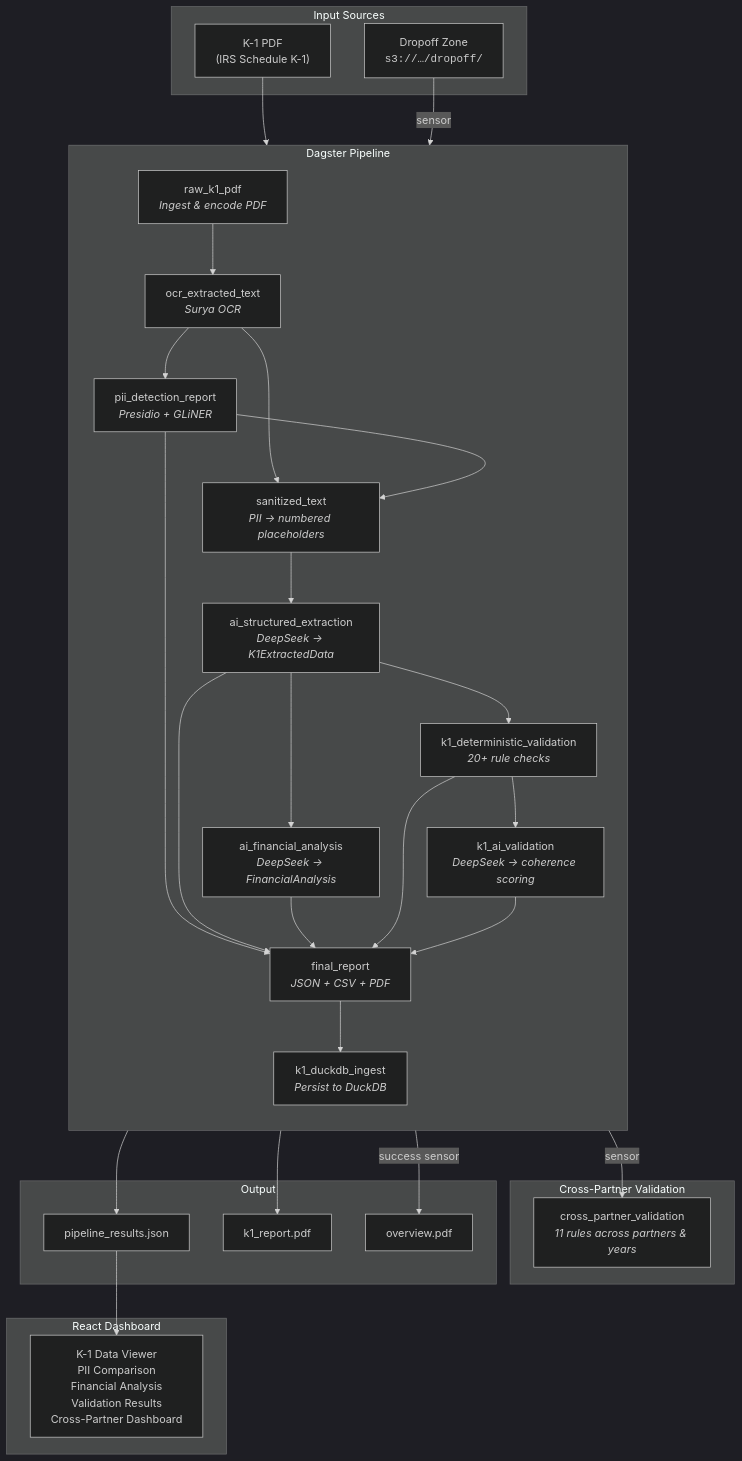
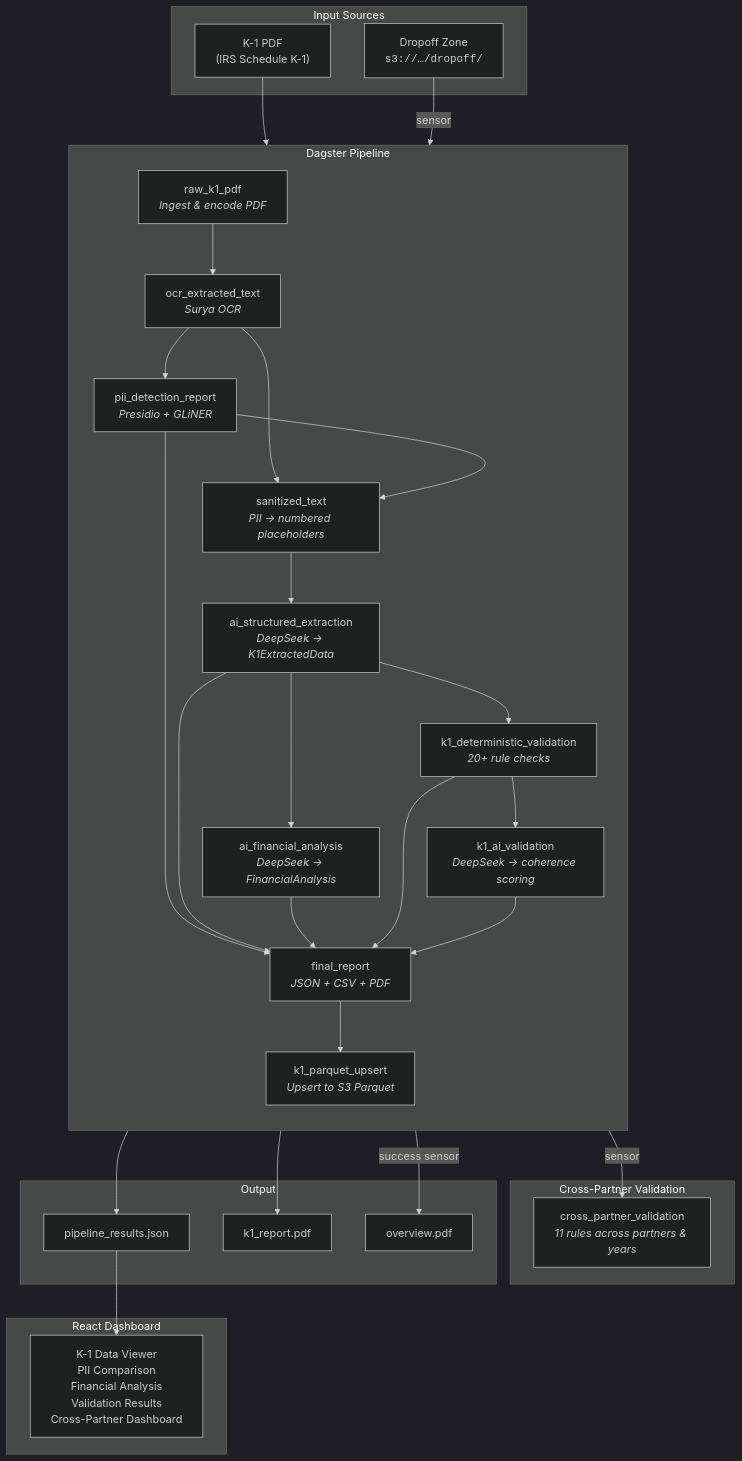
Before and after one commit to danielpodrazka/dagster-document-intelligence: the first of 9 diagrams in README.md, drawn with Mermaid (dark theme). The commit also changed other lines of this file and 7 other files, not shown here.

First line of the commit message:
Migrate cross-partner storage from DuckDB to S3 Parquet and add 16 test profiles

````diff
--- a/README.md
+++ b/README.md
@@ -13,57 +13,57 @@
 ```mermaid
 graph TB
     subgraph Input["Input Sources"]
         A["K-1 PDF<br/>(IRS Schedule K-1)"]
         B["Dropoff Zone<br/><code>s3://…/dropoff/</code>"]
     end
 
     subgraph Dagster["Dagster Pipeline"]
         direction TB
         C["raw_k1_pdf<br/><i>Ingest & encode PDF</i>"]
         D["ocr_extracted_text<br/><i>Surya OCR</i>"]
         E["pii_detection_report<br/><i>Presidio + GLiNER</i>"]
         F["sanitized_text<br/><i>PII → numbered placeholders</i>"]
         G["ai_structured_extraction<br/><i>DeepSeek → K1ExtractedData</i>"]
         H["ai_financial_analysis<br/><i>DeepSeek → FinancialAnalysis</i>"]
         V1["k1_deterministic_validation<br/><i>20+ rule checks</i>"]
         V2["k1_ai_validation<br/><i>DeepSeek → coherence scoring</i>"]
         I["final_report<br/><i>JSON + CSV + PDF</i>"]
-        DB["k1_duckdb_ingest<br/><i>Persist to DuckDB</i>"]
+        DB["k1_parquet_upsert<br/><i>Upsert to S3 Parquet</i>"]
     end
 
     subgraph CrossPartner["Cross-Partner Validation"]
         CP["cross_partner_validation<br/><i>11 rules across partners & years</i>"]
     end
 
     subgraph Output["Output"]
         J["pipeline_results.json"]
         K["k1_report.pdf"]
         L["overview.pdf"]
     end
 
     subgraph Frontend["React Dashboard"]
         M["K-1 Data Viewer<br/>PII Comparison<br/>Financial Analysis<br/>Validation Results<br/>Cross-Partner Dashboard"]
     end
 
     A --> C
     B -->|sensor| C
     C --> D
     D --> E
     D --> F
     E --> F
     F --> G
     G --> H
     G --> V1
     V1 --> V2
     E --> I
     G --> I
     H --> I
     V1 --> I
     V2 --> I
     I --> J
     I --> K
     I -->|success sensor| L
     I --> DB
     DB -->|sensor| CP
     J --> M
 ```
````
